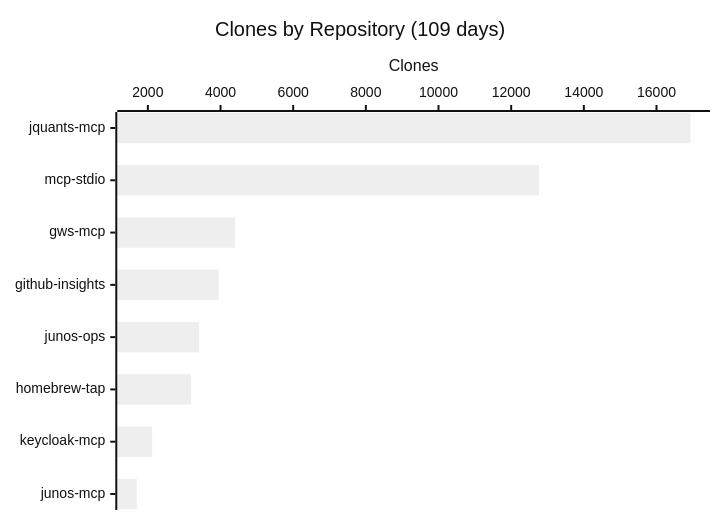
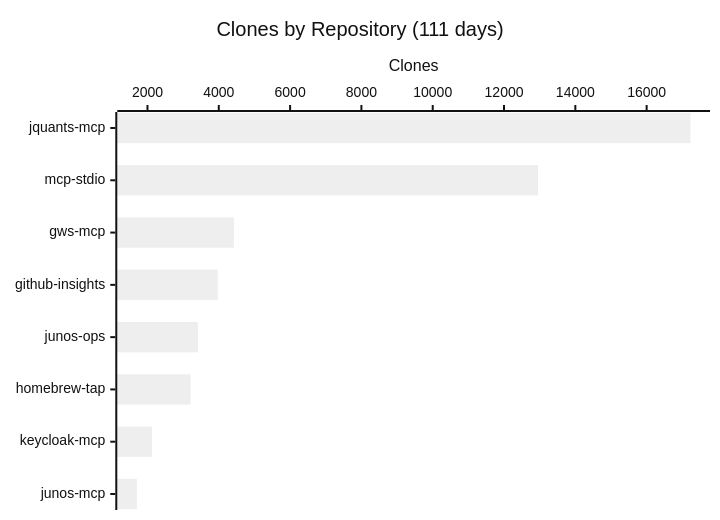
Before and after one commit to shigechika/github-insights: the fourth of 4 diagrams in README.md, drawn with Mermaid (neutral theme). The commit also changed other lines of this file and 2 other files, not shown here.

````diff
--- a/README.md
+++ b/README.md
@@ -58,7 +58,7 @@
 ```mermaid
 xychart-beta horizontal
-    title "Clones by Repository (109 days)"
+    title "Clones by Repository (111 days)"
     x-axis ["jquants-mcp", "mcp-stdio", "gws-mcp", "github-insights", "junos-ops", "homebrew-tap", "keycloak-mcp", "junos-mcp"]
     y-axis "Clones"
-    bar [16934, 12765, 4401, 3949, 3412, 3191, 2119, 1697]
+    bar [17228, 12954, 4424, 3970, 3414, 3209, 2125, 1702]
 ```
````
